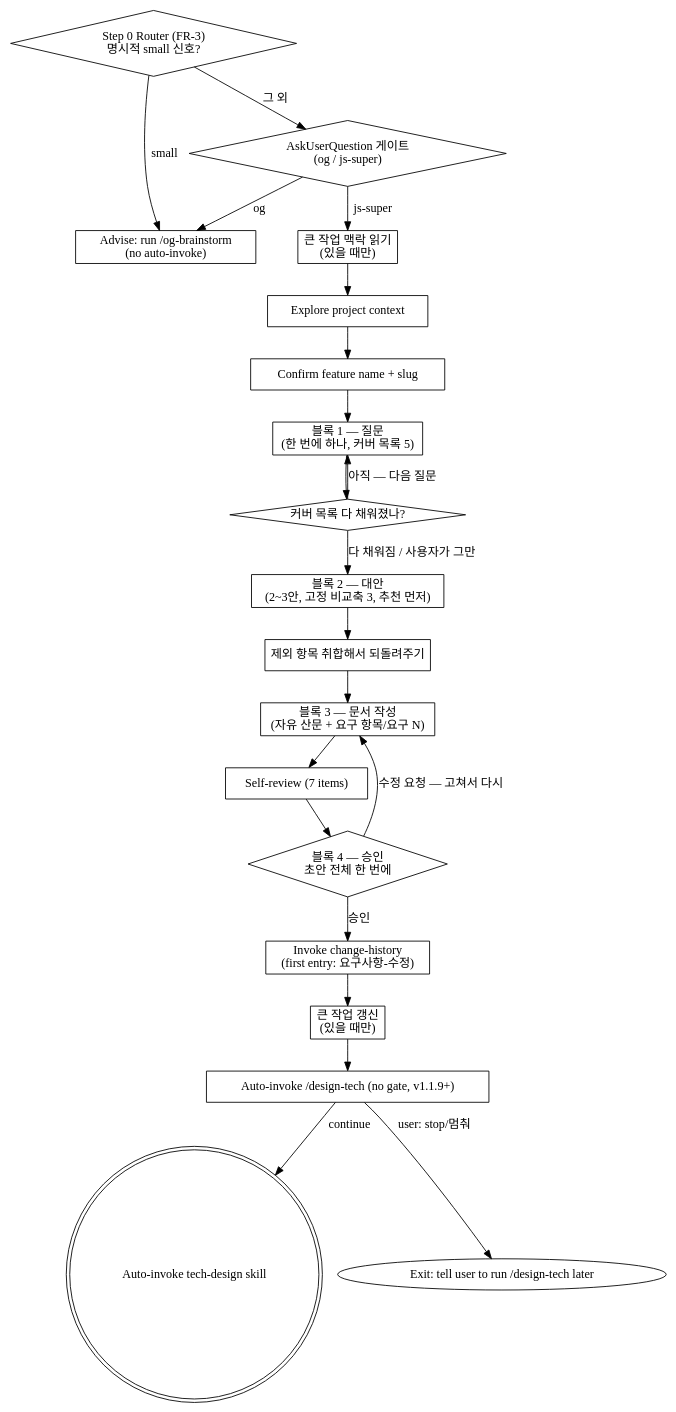
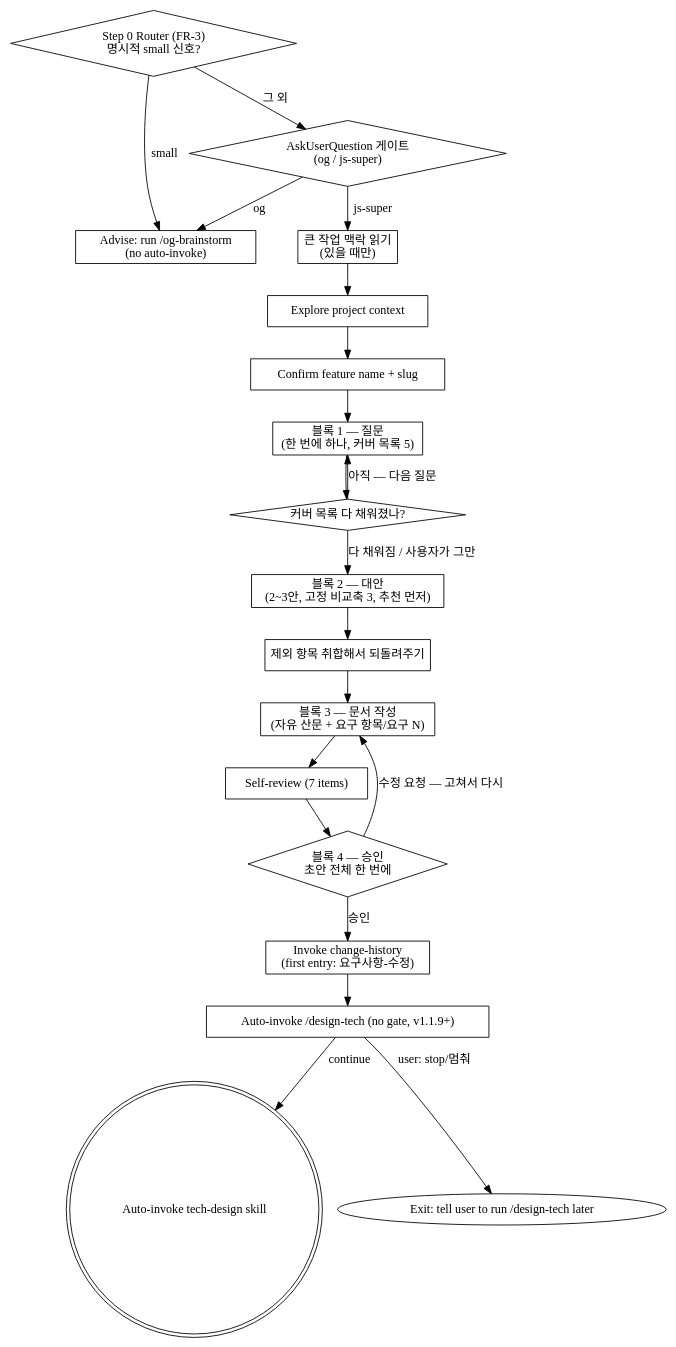
One commit to LonerStayle/js-super changed the diagram in skills/brainstorming/SKILL.md. Above: the diagram before and after it, drawn with Graphviz. The commit also changed other lines of this file, not shown here.

````diff
--- a/skills/brainstorming/SKILL.md
+++ b/skills/brainstorming/SKILL.md
@@ -145,47 +144,45 @@
 ```dot
 digraph brainstorm_flow {
     "Step 0 Router (FR-3)\n명시적 small 신호?" [shape=diamond];
     "Advise: run /og-brainstorm\n(no auto-invoke)" [shape=box];
     "AskUserQuestion 게이트\n(og / js-super)" [shape=diamond];
     "큰 작업 맥락 읽기\n(있을 때만)" [shape=box];
     "Explore project context" [shape=box];
     "Confirm feature name + slug" [shape=box];
 
     "블록 1 — 질문\n(한 번에 하나, 커버 목록 5)" [shape=box];
     "커버 목록 다 채워졌나?" [shape=diamond];
     "블록 2 — 대안\n(2~3안, 고정 비교축 3, 추천 먼저)" [shape=box];
     "블록 3 — 문서 작성\n(자유 산문 + 요구 항목/요구 N)" [shape=box];
     "제외 항목 취합해서 되돌려주기" [shape=box];
 
     "Self-review (7 items)" [shape=box];
     "블록 4 — 승인\n초안 전체 한 번에" [shape=diamond];
     "Invoke change-history\n(first entry: 요구사항-수정)" [shape=box];
-    "큰 작업 갱신\n(있을 때만)" [shape=box];
     "Auto-invoke /design-tech (no gate, v1.1.9+)" [shape=box];
     "Auto-invoke tech-design skill" [shape=doublecircle];
     "Exit: tell user to run /design-tech later" [shape=oval];
 
     "Step 0 Router (FR-3)\n명시적 small 신호?" -> "Advise: run /og-brainstorm\n(no auto-invoke)" [label="small"];
     "Step 0 Router (FR-3)\n명시적 small 신호?" -> "AskUserQuestion 게이트\n(og / js-super)" [label="그 외"];
     "AskUserQuestion 게이트\n(og / js-super)" -> "Advise: run /og-brainstorm\n(no auto-invoke)" [label="og"];
     "AskUserQuestion 게이트\n(og / js-super)" -> "큰 작업 맥락 읽기\n(있을 때만)" [label="js-super"];
     "큰 작업 맥락 읽기\n(있을 때만)" -> "Explore project context";
     "Explore project context" -> "Confirm feature name + slug";
     "Confirm feature name + slug" -> "블록 1 — 질문\n(한 번에 하나, 커버 목록 5)";
 
     "블록 1 — 질문\n(한 번에 하나, 커버 목록 5)" -> "커버 목록 다 채워졌나?";
     "커버 목록 다 채워졌나?" -> "블록 1 — 질문\n(한 번에 하나, 커버 목록 5)" [label="아직 — 다음 질문"];
     "커버 목록 다 채워졌나?" -> "블록 2 — 대안\n(2~3안, 고정 비교축 3, 추천 먼저)" [label="다 채워짐 / 사용자가 그만"];
     "블록 2 — 대안\n(2~3안, 고정 비교축 3, 추천 먼저)" -> "제외 항목 취합해서 되돌려주기";
     "제외 항목 취합해서 되돌려주기" -> "블록 3 — 문서 작성\n(자유 산문 + 요구 항목/요구 N)";
     "블록 3 — 문서 작성\n(자유 산문 + 요구 항목/요구 N)" -> "Self-review (7 items)";
     "Self-review (7 items)" -> "블록 4 — 승인\n초안 전체 한 번에";
 
     "블록 4 — 승인\n초안 전체 한 번에" -> "블록 3 — 문서 작성\n(자유 산문 + 요구 항목/요구 N)" [label="수정 요청 — 고쳐서 다시"];
     "블록 4 — 승인\n초안 전체 한 번에" -> "Invoke change-history\n(first entry: 요구사항-수정)" [label="승인"];
-    "Invoke change-history\n(first entry: 요구사항-수정)" -> "큰 작업 갱신\n(있을 때만)";
-    "큰 작업 갱신\n(있을 때만)" -> "Auto-invoke /design-tech (no gate, v1.1.9+)";
+    "Invoke change-history\n(first entry: 요구사항-수정)" -> "Auto-invoke /design-tech (no gate, v1.1.9+)";
     "Auto-invoke /design-tech (no gate, v1.1.9+)" -> "Auto-invoke tech-design skill" [label="continue"];
     "Auto-invoke /design-tech (no gate, v1.1.9+)" -> "Exit: tell user to run /design-tech later" [label="user: stop/멈춰"];
 }
 ```
````
